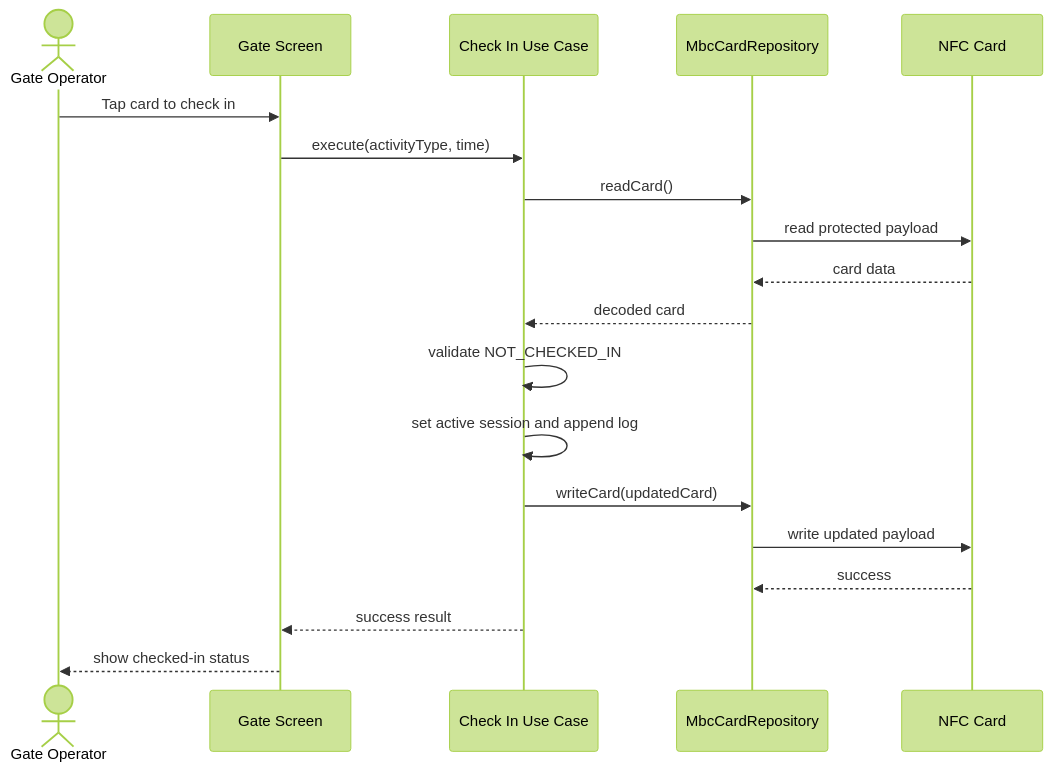
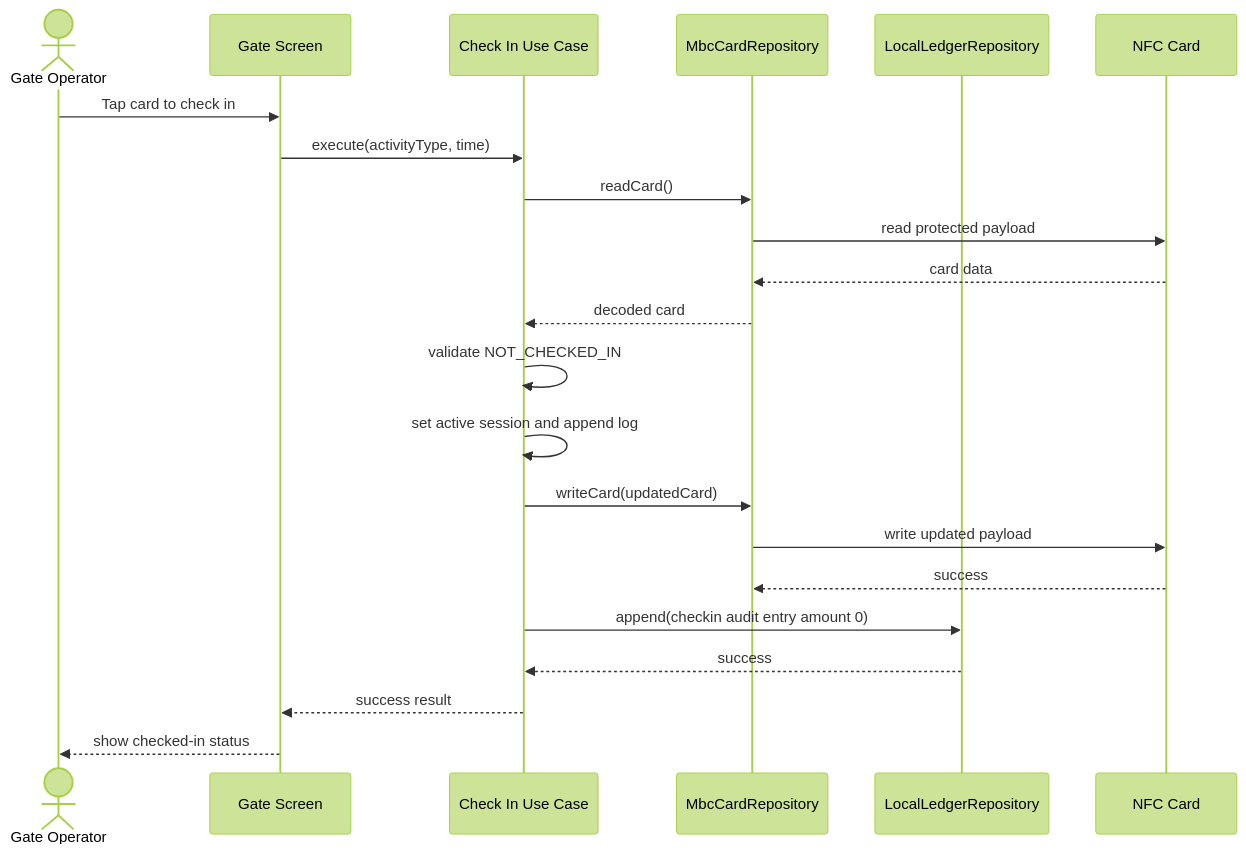
One commit to Schitzos/mbc-nfc changed the fifth of 9 diagrams in .codex/specs/UML_SYSTEM_DIAGRAMS.md. Above: the diagram before and after it, drawn with Mermaid (forest theme). The commit also changed other lines of this file and 26 other files, not shown here.

````diff
--- a/.codex/specs/UML_SYSTEM_DIAGRAMS.md
+++ b/.codex/specs/UML_SYSTEM_DIAGRAMS.md
@@ -111,22 +111,25 @@
 ```mermaid
 sequenceDiagram
   actor Operator as Gate Operator
   participant UI as Gate Screen
   participant CheckIn as Check In Use Case
   participant CardRepo as MbcCardRepository
+  participant Ledger as LocalLedgerRepository
   participant Card as NFC Card
 
   Operator->>UI: Tap card to check in
   UI->>CheckIn: execute(activityType, time)
   CheckIn->>CardRepo: readCard()
   CardRepo->>Card: read protected payload
   Card-->>CardRepo: card data
   CardRepo-->>CheckIn: decoded card
   CheckIn->>CheckIn: validate NOT_CHECKED_IN
   CheckIn->>CheckIn: set active session and append log
   CheckIn->>CardRepo: writeCard(updatedCard)
   CardRepo->>Card: write updated payload
   Card-->>CardRepo: success
+  CheckIn->>Ledger: append(checkin audit entry amount 0)
+  Ledger-->>CheckIn: success
   CheckIn-->>UI: success result
   UI-->>Operator: show checked-in status
 ```
````
